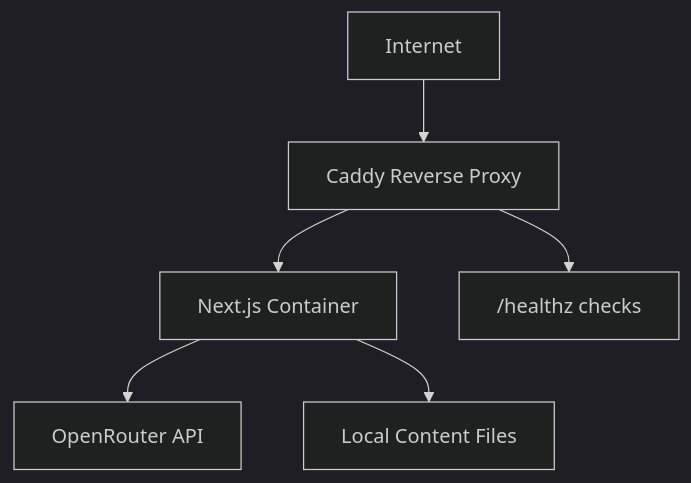
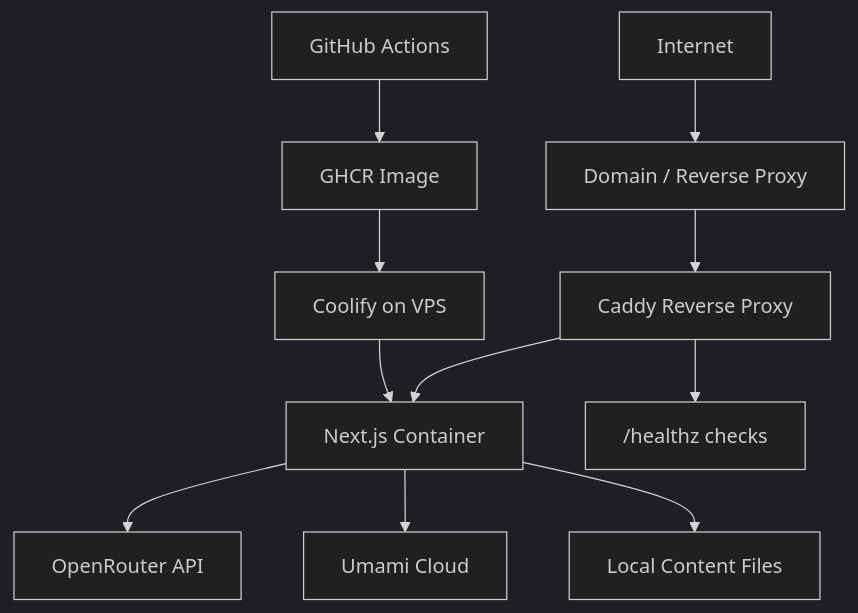
One commit to guilhermeledes/guilhermeledes.github.io changed the fourth of 4 diagrams in README.md. Above: the diagram before and after it, drawn with Mermaid (dark theme). The commit also changed other lines of this file, not shown here.

````diff
--- a/README.md
+++ b/README.md
@@ -149,8 +175,13 @@
 ```mermaid
 flowchart TD
-    I["Internet"] --> C["Caddy Reverse Proxy"]
+    I["Internet"] --> D["Domain / Reverse Proxy"]
+    D --> C["Caddy Reverse Proxy"]
     C --> N["Next.js Container"]
     N --> K["OpenRouter API"]
+    N --> U["Umami Cloud"]
     N --> F["Local Content Files"]
     C --> Z["/healthz checks"]
+    G["GitHub Actions"] --> R["GHCR Image"]
+    R --> Y["Coolify on VPS"]
+    Y --> N
 ```
````
